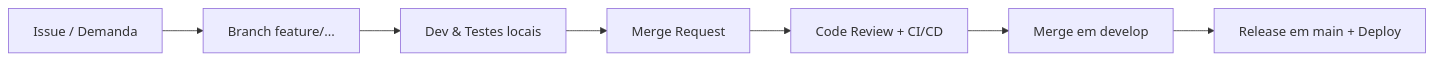
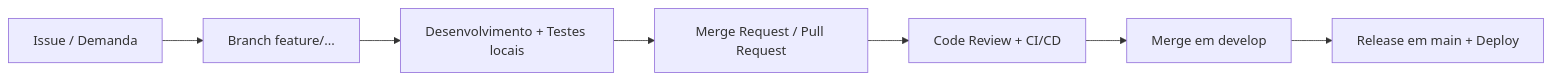
Before and after one commit to Grupo-Netway/.github: the diagram in profile/README.md, drawn with Mermaid. The commit also changed other lines of this file, not shown here.

````diff
--- a/profile/README.md
+++ b/profile/README.md
@@ -82,9 +133,9 @@
 ```mermaid
 flowchart LR
-  A[Issue / Demanda] --> B[Branch feature/...]
-  B --> C[Dev & Testes locais]
-  C --> D[Merge Request]
-  D --> E[Code Review + CI/CD]
-  E --> F[Merge em develop]
-  F --> G[Release em main + Deploy]
+	A[Issue / Demanda] --> B[Branch feature/...]
+	B --> C[Desenvolvimento + Testes locais]
+	C --> D[Merge Request / Pull Request]
+	D --> E[Code Review + CI/CD]
+	E --> F[Merge em develop]
+	F --> G[Release em main + Deploy]
 ```
````
